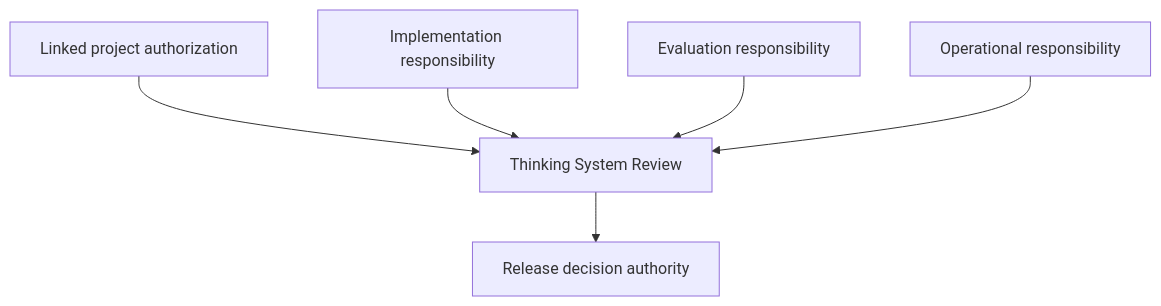
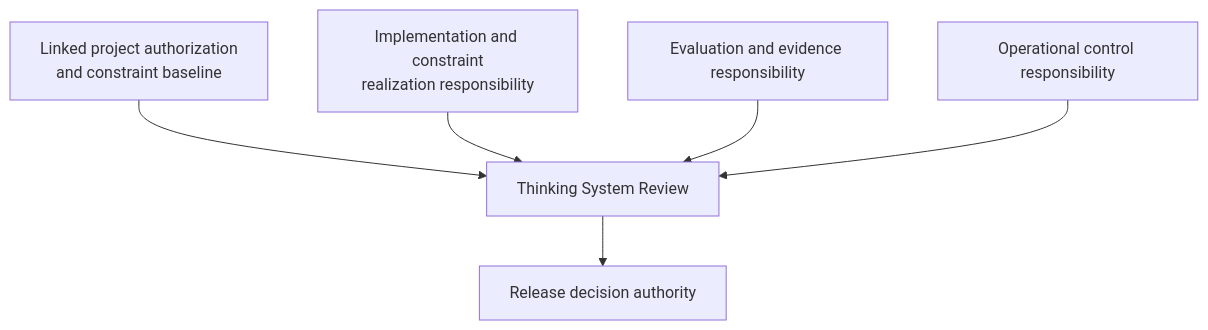
Before and after one commit to UncertaintyArchitectureGroup/uncertainty-architecture: the second of 2 diagrams in 01-patterns/thinking-system-review.md, drawn with Mermaid. The commit also changed other lines of this file, not shown here.

Commit message:
docs: integrate delivery constraint realization

````diff
--- a/01-patterns/thinking-system-review.md
+++ b/01-patterns/thinking-system-review.md
@@ -514,14 +609,14 @@
 ```mermaid
 flowchart TB
-    IMP[Implementation responsibility]
-    EVAL[Evaluation responsibility]
-    OPS[Operational responsibility]
+    IMP[Implementation and constraint<br/>realization responsibility]
+    EVAL[Evaluation and evidence responsibility]
+    OPS[Operational control responsibility]
     DEC[Release decision authority]
-    PROJ[Linked project authorization]
+    PROJ[Linked project authorization<br/>and constraint baseline]
 
     PROJ --> REVIEW[Thinking System Review]
     IMP --> REVIEW
     EVAL --> REVIEW
     OPS --> REVIEW
     REVIEW --> DEC
 ```
````
